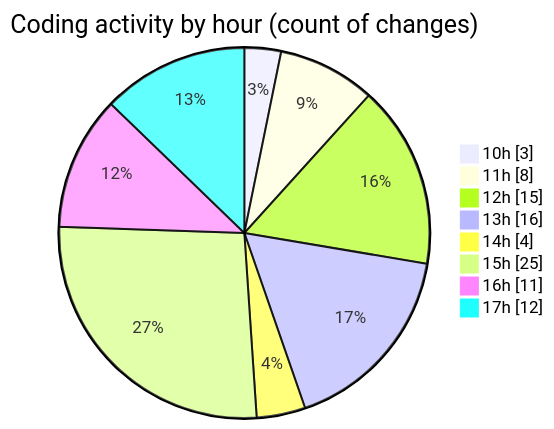
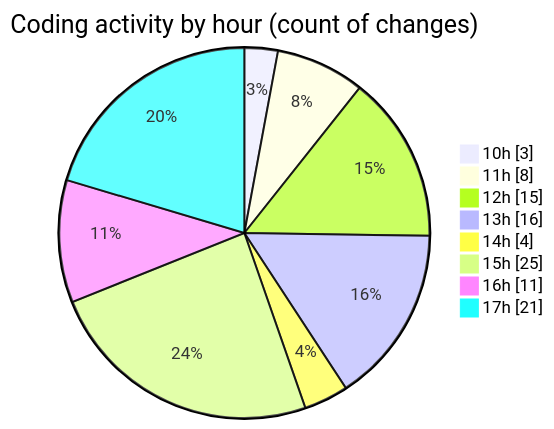
Before and after one commit to nxtqubesakshisongat/code-tracking: the second of 2 diagrams in 2025-10-15/nxtqube_webapp/README.md, drawn with Mermaid. The commit also changed other lines of this file and 1 other file, not shown here.

````diff
--- a/2025-10-15/nxtqube_webapp/README.md
+++ b/2025-10-15/nxtqube_webapp/README.md
@@ -29,12 +29,12 @@
 ```mermaid
 pie showData
 title Coding activity by hour (count of changes)
 "10h" : 3
 "11h" : 8
 "12h" : 15
 "13h" : 16
 "14h" : 4
 "15h" : 25
 "16h" : 11
-"17h" : 12
+"17h" : 21
 ```
````
